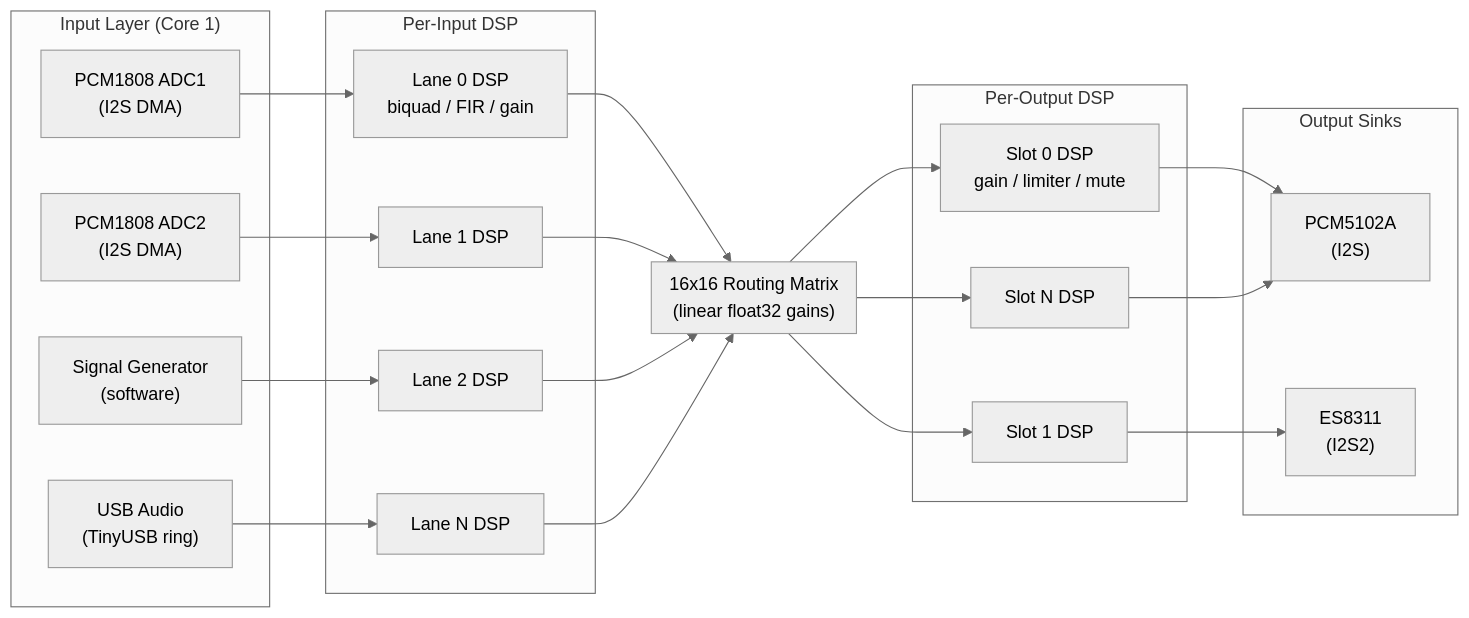
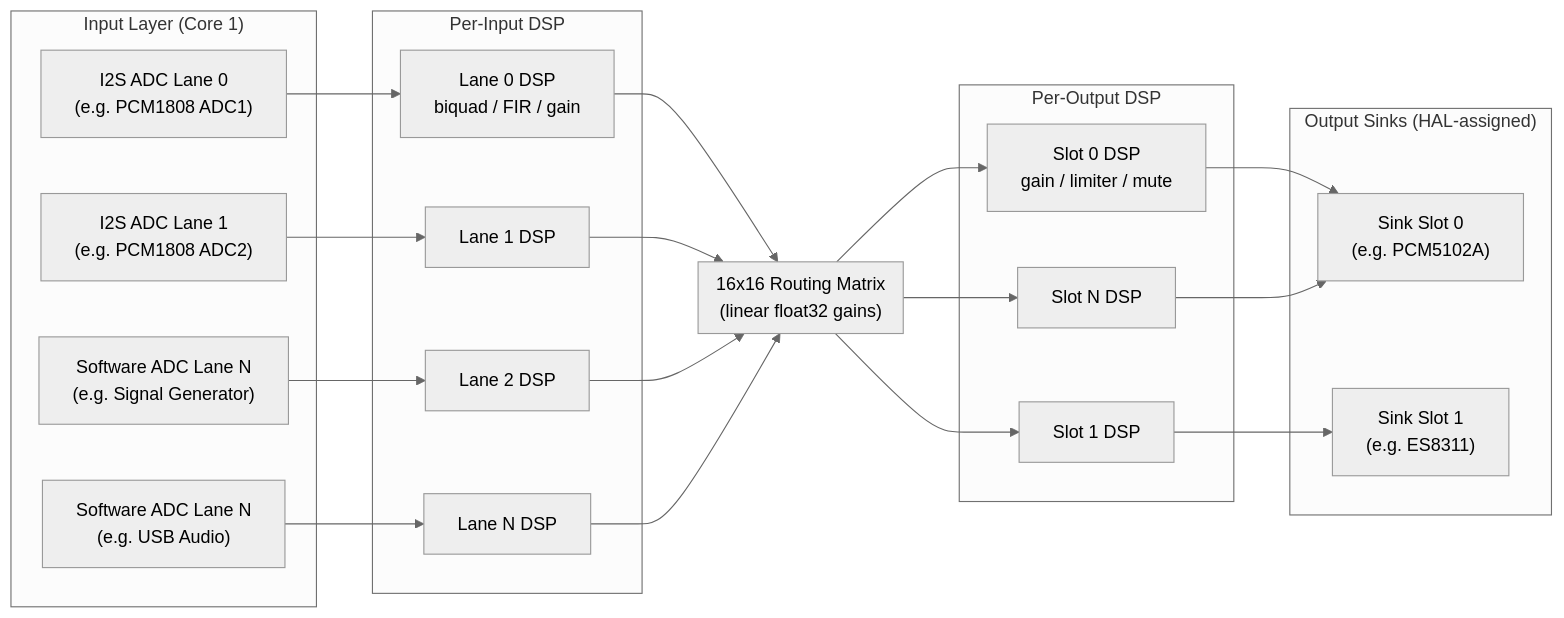
The sixth of 6 diagrams in docs-site/docs/developer/architecture.md (Schmackos/ALX_Nova_Controller_2), drawn with Mermaid (neutral theme) before and after one commit. The commit also changed other lines of this file and 1 other file, not shown here.

Commit message:
docs: fix stale DacState/toggle refs — architecture.md, overview.md

````diff
--- a/docs-site/docs/developer/architecture.md
+++ b/docs-site/docs/developer/architecture.md
@@ -304,48 +317,48 @@
 ```mermaid
 flowchart LR
     subgraph Input["Input Layer (Core 1)"]
-        ADC1["PCM1808 ADC1\n(I2S DMA)"]
-        ADC2["PCM1808 ADC2\n(I2S DMA)"]
-        SIG["Signal Generator\n(software)"]
-        USB["USB Audio\n(TinyUSB ring)"]
+        ADC1["I2S ADC Lane 0\n(e.g. PCM1808 ADC1)"]
+        ADC2["I2S ADC Lane 1\n(e.g. PCM1808 ADC2)"]
+        SIG["Software ADC Lane N\n(e.g. Signal Generator)"]
+        USB["Software ADC Lane N\n(e.g. USB Audio)"]
     end
 
     subgraph DSP1["Per-Input DSP"]
         D1["Lane 0 DSP\nbiquad / FIR / gain"]
         D2["Lane 1 DSP"]
         D3["Lane 2 DSP"]
         DN["Lane N DSP"]
     end
 
     subgraph Matrix["16x16 Routing Matrix\n(linear float32 gains)"]
     end
 
     subgraph DSP2["Per-Output DSP"]
         O1["Slot 0 DSP\ngain / limiter / mute"]
         O2["Slot 1 DSP"]
         ON["Slot N DSP"]
     end
 
-    subgraph Output["Output Sinks"]
-        PCM["PCM5102A\n(I2S)"]
-        ES["ES8311\n(I2S2)"]
+    subgraph Output["Output Sinks (HAL-assigned)"]
+        DAC1["Sink Slot 0\n(e.g. PCM5102A)"]
+        DAC2["Sink Slot 1\n(e.g. ES8311)"]
     end
 
     ADC1 --> D1
     ADC2 --> D2
     SIG  --> D3
     USB  --> DN
 
     D1 --> Matrix
     D2 --> Matrix
     D3 --> Matrix
     DN --> Matrix
 
     Matrix --> O1
     Matrix --> O2
     Matrix --> ON
 
-    O1 --> PCM
-    O2 --> ES
-    ON --> PCM
+    O1 --> DAC1
+    O2 --> DAC2
+    ON --> DAC1
 ```
````
